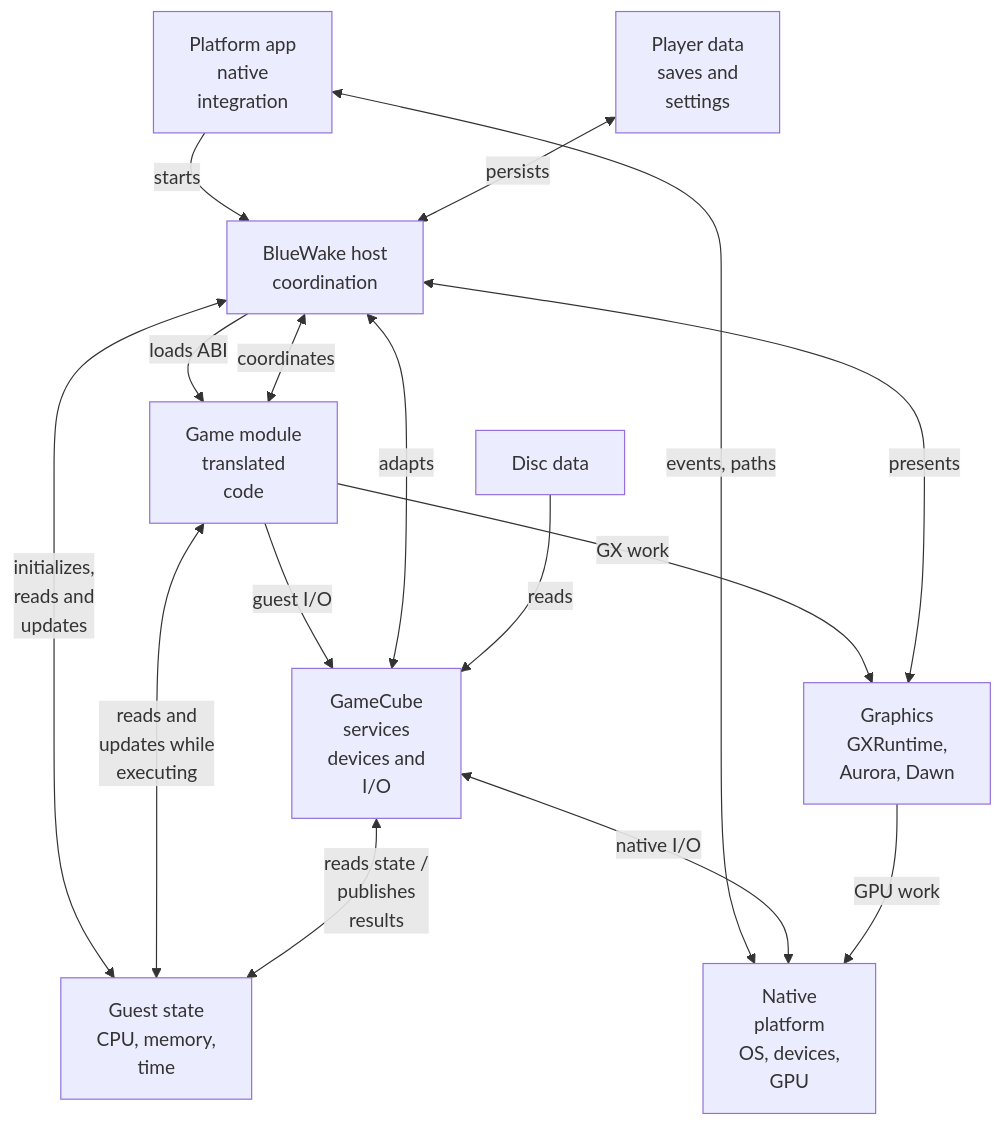
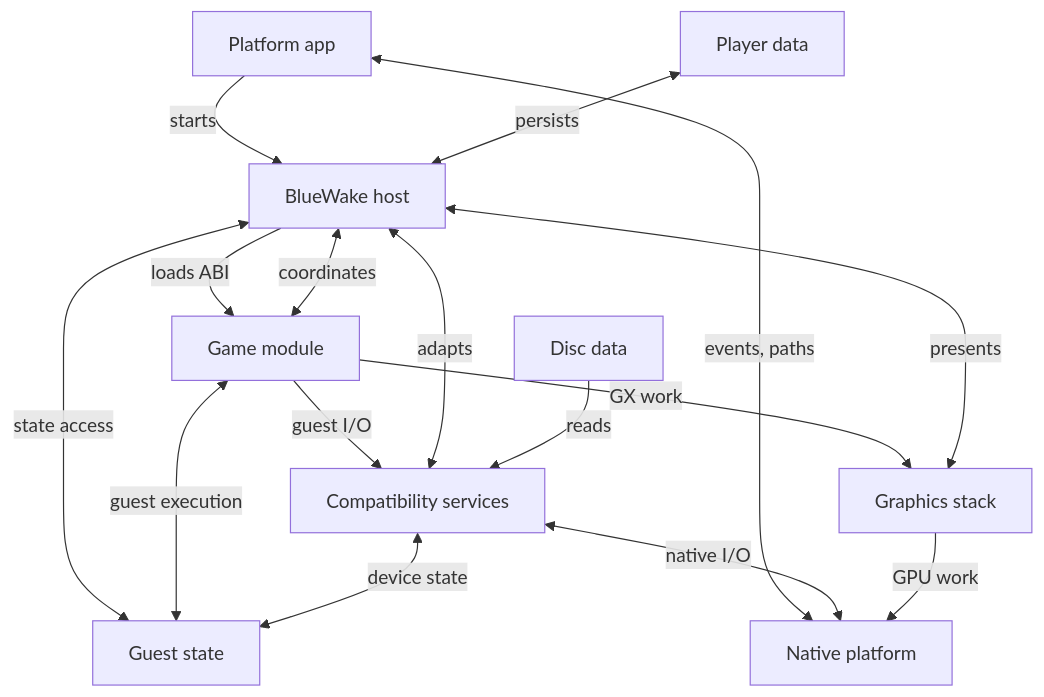
The first of 3 diagrams in docs/architecture/Runtime.md (Aelbannan/boat_of_daphnes), drawn with Mermaid before and after one commit. The commit also changed other lines of this file, not shown here.

Commit message:
Simplify Runtime diagram labels

````diff
--- a/docs/architecture/Runtime.md
+++ b/docs/architecture/Runtime.md
@@ -33,51 +33,28 @@
 ```mermaid
 flowchart TD
-    Platform["`Platform app
-native
-integration`"]
-    Host["`BlueWake host
-coordination`"]
-    Module["`Game module
-translated
-code`"]
-    Guest["`Guest state
-CPU, memory,
-time`"]
-    Services["`GameCube
-services
-devices and
-I/O`"]
-    Graphics["`Graphics
-GXRuntime,
-Aurora, Dawn`"]
+    Platform["Platform app"]
+    Host["BlueWake host"]
+    Module["Game module"]
+    Guest["Guest state"]
+    Services["Compatibility services"]
+    Graphics["Graphics stack"]
     Disc["Disc data"]
-    Player["`Player data
-saves and
-settings`"]
-    Native["`Native
-platform
-OS, devices,
-GPU`"]
+    Player["Player data"]
+    Native["Native platform"]
 
     Platform -->|"starts"| Host
     Host -->|"loads ABI"| Module
     Host <-->|"coordinates"| Module
-    Host <-->|"`initializes,
-reads and
-updates`"| Guest
-    Module <-->|"`reads and
-updates while
-executing`"| Guest
+    Host <-->|"state access"| Guest
+    Module <-->|"guest execution"| Guest
     Module -->|"guest I/O"| Services
     Host <-->|"adapts"| Services
-    Services <-->|"`reads state /
-publishes
-results`"| Guest
+    Services <-->|"device state"| Guest
     Module -->|"GX work"| Graphics
     Host <-->|"presents"| Graphics
     Disc -->|"reads"| Services
     Player <-->|"persists"| Host
     Platform <-->|"events, paths"| Native
     Services <-->|"native I/O"| Native
     Graphics -->|"GPU work"| Native
 ```
````
